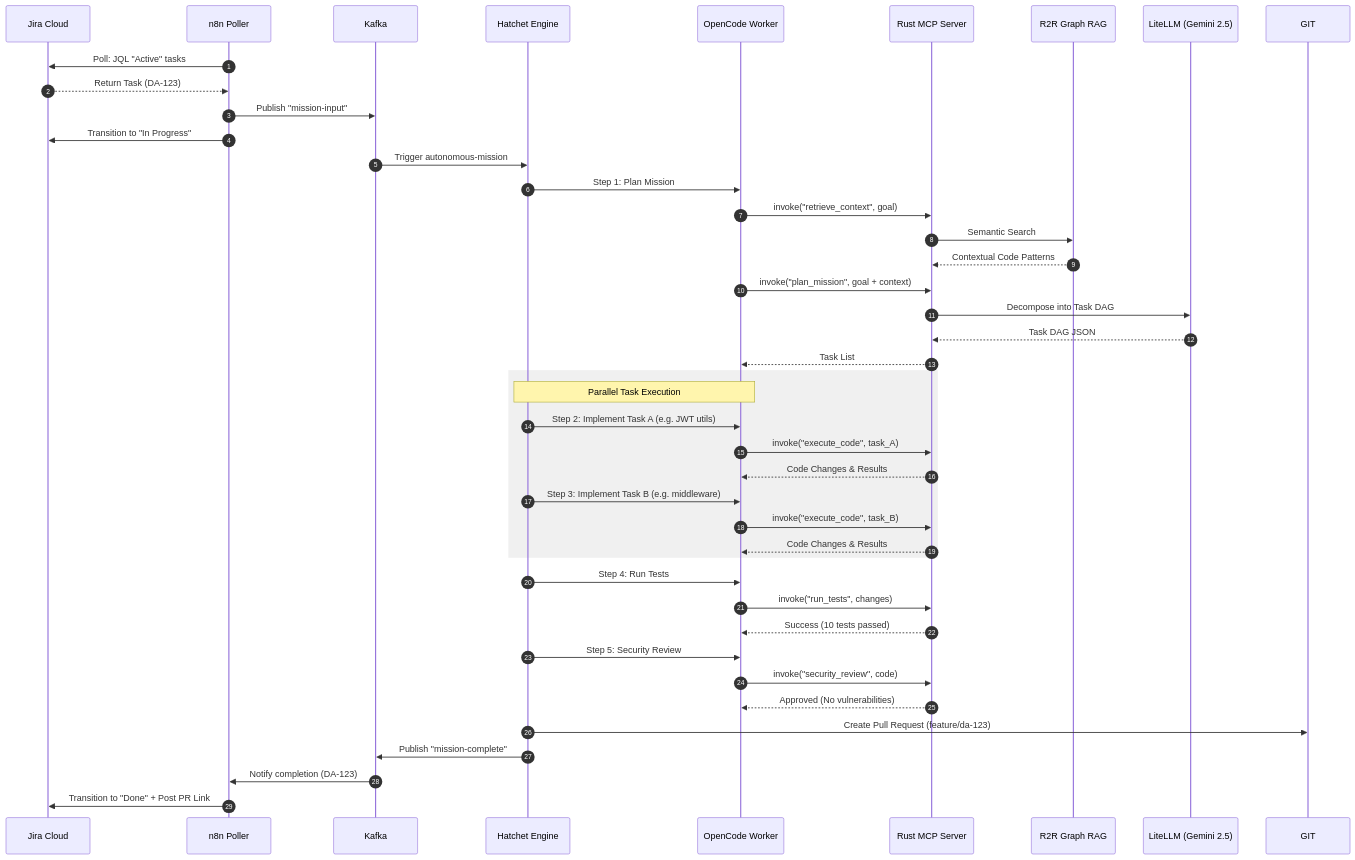
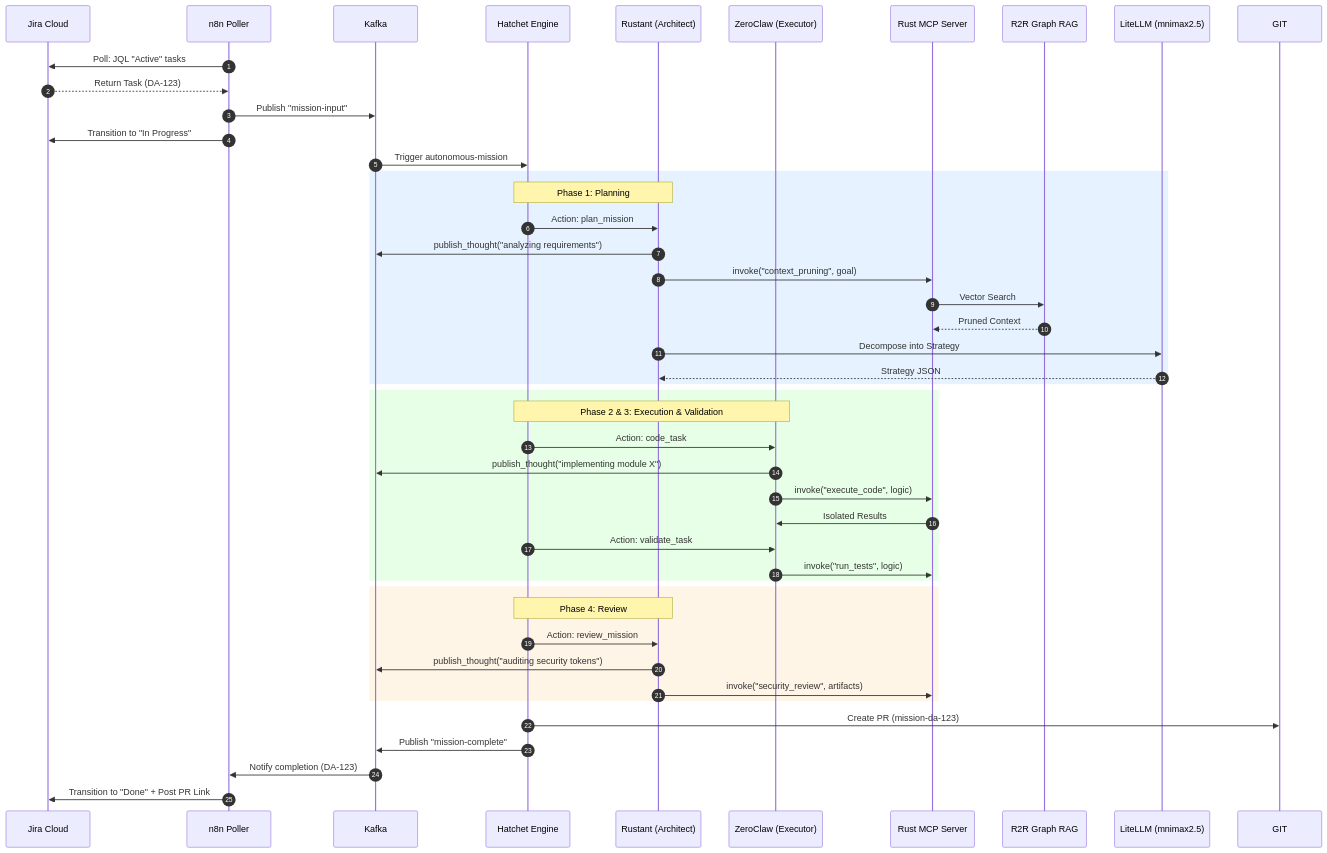
The first of 4 diagrams in wiki/execution_flows.md (lgcorzo/rust_CACD_autonomous_factory), drawn with Mermaid before and after one commit. The commit also changed other lines of this file and 7 other files, not shown here.

First line of the commit message:
docs: update system architecture and execution flows for Phase 12

````diff
--- a/wiki/execution_flows.md
+++ b/wiki/execution_flows.md
@@ -7,50 +7,53 @@
 ```mermaid
 sequenceDiagram
     autonumber
     participant Jira as Jira Cloud
     participant n8n as n8n Poller
     participant Kafka as Kafka
     participant Hatchet as Hatchet Engine
-    participant OC as OpenCode Worker
+    participant RU as Rustant (Architect)
+    participant ZC as ZeroClaw (Executor)
     participant MCP as Rust MCP Server
     participant R2R as R2R Graph RAG
-    participant LLM as LiteLLM (Gemini 2.5)
+    participant LLM as LiteLLM (mnimax2.5)
 
     n8n->>Jira: Poll: JQL "Active" tasks
     Jira-->>n8n: Return Task (DA-123)
     n8n->>Kafka: Publish "mission-input"
     n8n->>Jira: Transition to "In Progress"
 
     Kafka->>Hatchet: Trigger autonomous-mission
-    Hatchet->>OC: Step 1: Plan Mission
-    OC->>MCP: invoke("retrieve_context", goal)
-    MCP->>R2R: Semantic Search
-    R2R-->>MCP: Contextual Code Patterns
-    OC->>MCP: invoke("plan_mission", goal + context)
-    MCP->>LLM: Decompose into Task DAG
-    LLM-->>MCP: Task DAG JSON
-    MCP-->>OC: Task List
-
-    rect rgb(240, 240, 240)
-    Note over Hatchet,OC: Parallel Task Execution
-    Hatchet->>OC: Step 2: Implement Task A (e.g. JWT utils)
-    OC->>MCP: invoke("execute_code", task_A)
-    MCP-->>OC: Code Changes & Results
-    Hatchet->>OC: Step 3: Implement Task B (e.g. middleware)
-    OC->>MCP: invoke("execute_code", task_B)
-    MCP-->>OC: Code Changes & Results
+    
+    rect rgb(230, 242, 255)
+    Note over Hatchet,RU: Phase 1: Planning
+    Hatchet->>RU: Action: plan_mission
+    RU->>Kafka: publish_thought("analyzing requirements")
+    RU->>MCP: invoke("context_pruning", goal)
+    MCP->>R2R: Vector Search
+    R2R-->>MCP: Pruned Context
+    RU->>LLM: Decompose into Strategy
+    LLM-->>RU: Strategy JSON
     end
 
-    Hatchet->>OC: Step 4: Run Tests
-    OC->>MCP: invoke("run_tests", changes)
-    MCP-->>OC: Success (10 tests passed)
+    rect rgb(230, 255, 230)
+    Note over Hatchet,ZC: Phase 2 & 3: Execution & Validation
+    Hatchet->>ZC: Action: code_task
+    ZC->>Kafka: publish_thought("implementing module X")
+    ZC->>MCP: invoke("execute_code", logic)
+    MCP->>ZC: Isolated Results
+    Hatchet->>ZC: Action: validate_task
+    ZC->>MCP: invoke("run_tests", logic)
+    end
 
-    Hatchet->>OC: Step 5: Security Review
-    OC->>MCP: invoke("security_review", code)
-    MCP-->>OC: Approved (No vulnerabilities)
+    rect rgb(255, 245, 230)
+    Note over Hatchet,RU: Phase 4: Review
+    Hatchet->>RU: Action: review_mission
+    RU->>Kafka: publish_thought("auditing security tokens")
+    RU->>MCP: invoke("security_review", artifacts)
+    end
 
-    Hatchet->>GIT: Create Pull Request (feature/da-123)
+    Hatchet->>GIT: Create PR (mission-da-123)
     Hatchet->>Kafka: Publish "mission-complete"
     Kafka->>n8n: Notify completion (DA-123)
     n8n->>Jira: Transition to "Done" + Post PR Link
 ```
````
